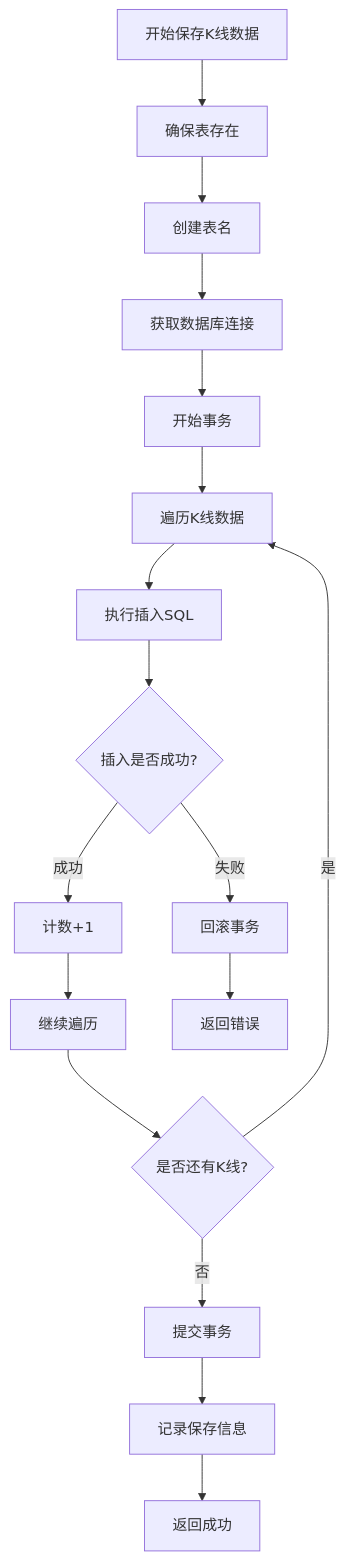
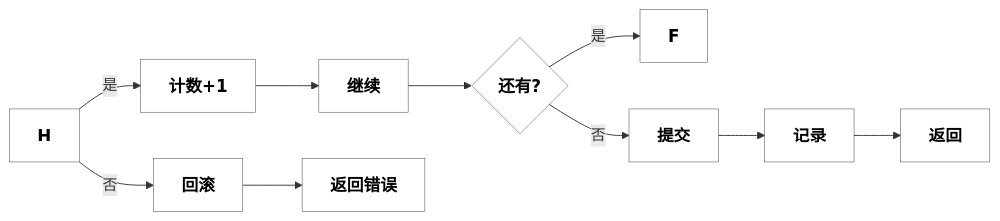
One commit to workkkfor2012/BinanceCryptoKline changed diagram 12 of 16 in docs/kline_data_download_flow.md. Above: the diagram before and after it, drawn with Mermaid. The commit also changed other lines of this file and 49 other files, not shown here.

````diff
--- a/docs/kline_data_download_flow.md
+++ b/docs/kline_data_download_flow.md
@@ -195,19 +229,12 @@
 ```mermaid
-flowchart TD
-    A[开始保存K线数据] --> B[确保表存在]
-    B --> C[创建表名]
-    C --> D[获取数据库连接]
-    D --> E[开始事务]
-    E --> F[遍历K线数据]
-    F --> G[执行插入SQL]
-    G --> H{插入是否成功?}
-    H -->|成功| I[计数+1]
-    H -->|失败| J[回滚事务]
-    I --> K[继续遍历]
-    J --> L[返回错误]
-    K --> M{是否还有K线?}
-    M -->|是| F
-    M -->|否| N[提交事务]
-    N --> O[记录保存信息]
-    O --> P[返回成功]
+flowchart LR
+    H-->|是|I[计数+1]-->K[继续]-->M{还有?}
+    H-->|否|J[回滚]-->L[返回错误]
+    M-->|是|F
+    M-->|否|N[提交]-->O[记录]-->P[返回]
+
+    %% 设置所有节点样式
+    classDef nodeStyle fill:#ffffff,stroke:#333,color:black,font-weight:bold,font-size:18px
+    class H,I,J,K,L,M,N,O,P,F nodeStyle
+    classDef default fill:#f9f9f9,stroke:#333,stroke-width:0.5px;
 ```
````
